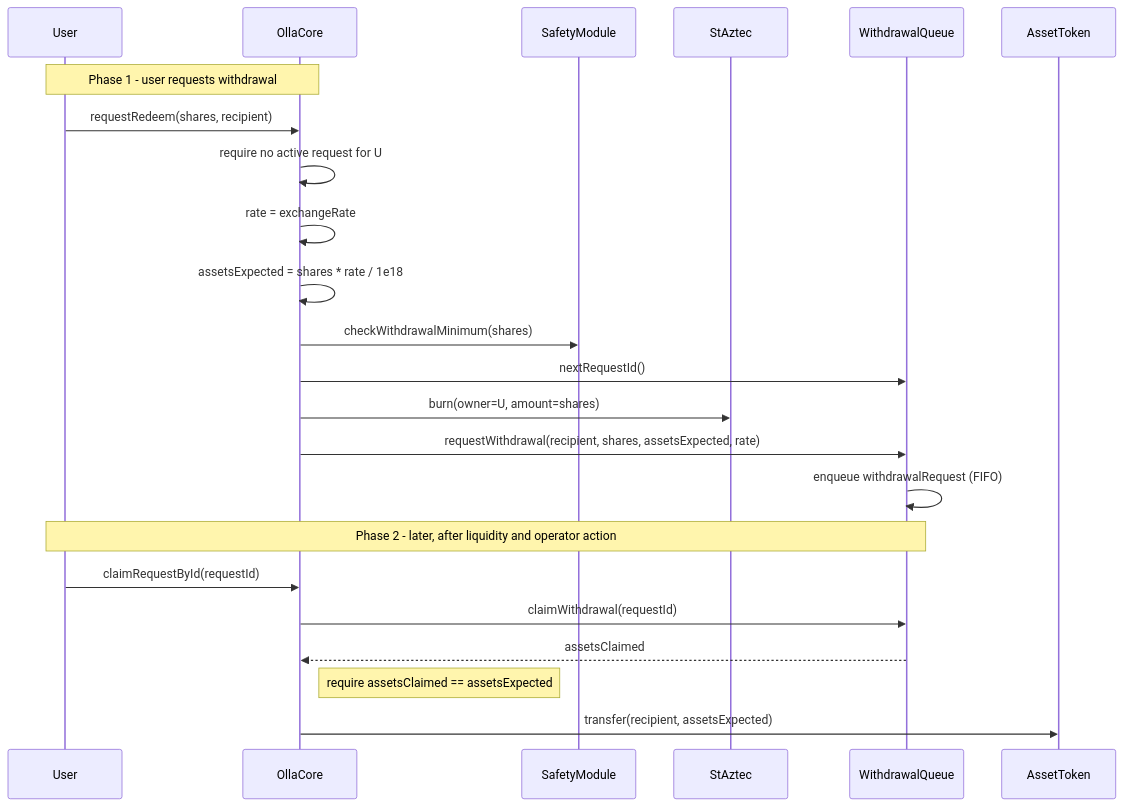
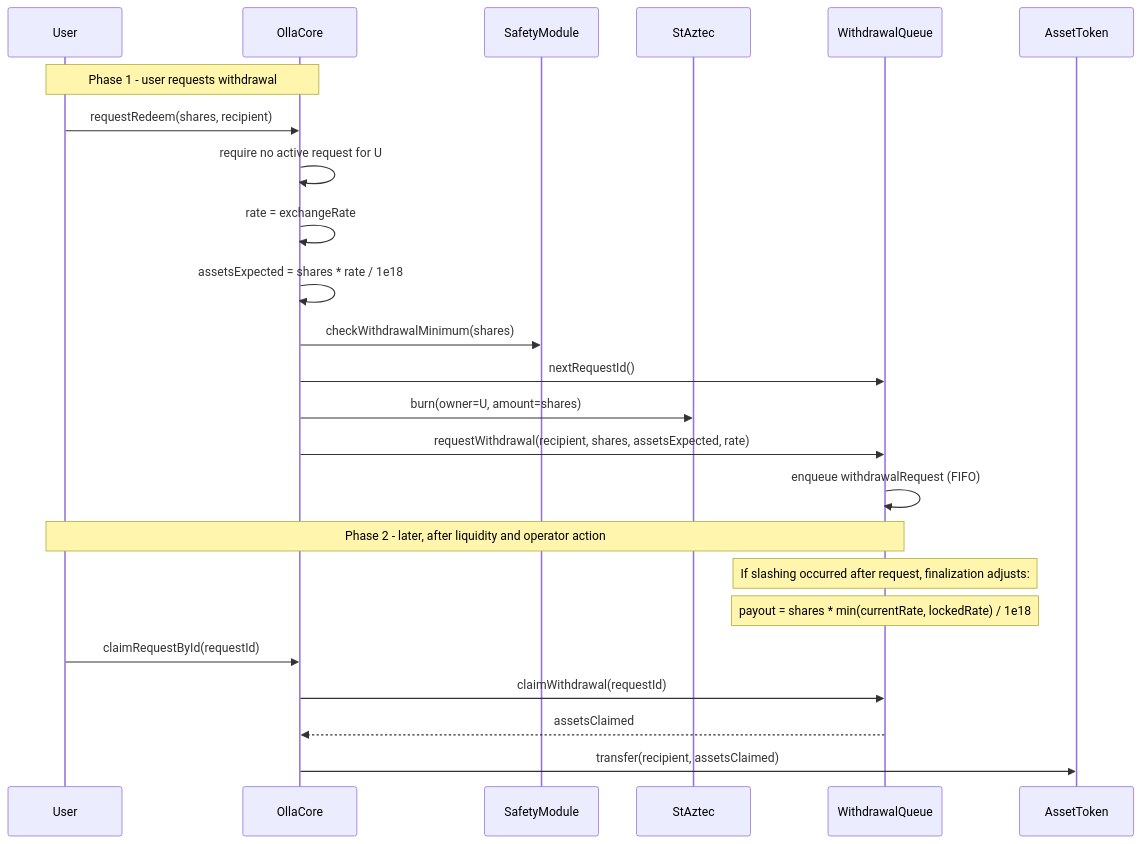
The second of 3 diagrams in docs/user-actions.md (ollafinance/core), drawn with Mermaid before and after one commit. The commit also changed 20 other files, not shown here.

First line of the commit message:
fix: adjust withdrawal queue assetsExpected after slashing via min(currentRate, lockedRate) (#310)

````diff
--- a/docs/user-actions.md
+++ b/docs/user-actions.md
@@ -31,29 +31,30 @@
 ```mermaid
 sequenceDiagram
     participant U as User
     participant C as OllaCore
     participant SAF as SafetyModule
     participant ST as StAztec
     participant WQ as WithdrawalQueue
     participant AZ as AssetToken
 
     Note over U,C: Phase 1 - user requests withdrawal
 
     U->>C: requestRedeem(shares, recipient)
     C->>C: require no active request for U
     C->>C: rate = exchangeRate
     C->>C: assetsExpected = shares * rate / 1e18
     C->>SAF: checkWithdrawalMinimum(shares)
     C->>WQ: nextRequestId()
     C->>ST: burn(owner=U, amount=shares)
     C->>WQ: requestWithdrawal(recipient, shares, assetsExpected, rate)
     WQ->>WQ: enqueue withdrawalRequest (FIFO)
 
     Note over U,WQ: Phase 2 - later, after liquidity and operator action
+    Note over WQ: If slashing occurred after request, finalization adjusts:
+    Note over WQ: payout = shares * min(currentRate, lockedRate) / 1e18
 
     U->>C: claimRequestById(requestId)
     C->>WQ: claimWithdrawal(requestId)
     WQ-->>C: assetsClaimed
-    Note right of C: require assetsClaimed == assetsExpected
-    C->>AZ: transfer(recipient, assetsExpected)
+    C->>AZ: transfer(recipient, assetsClaimed)
 ```
````
